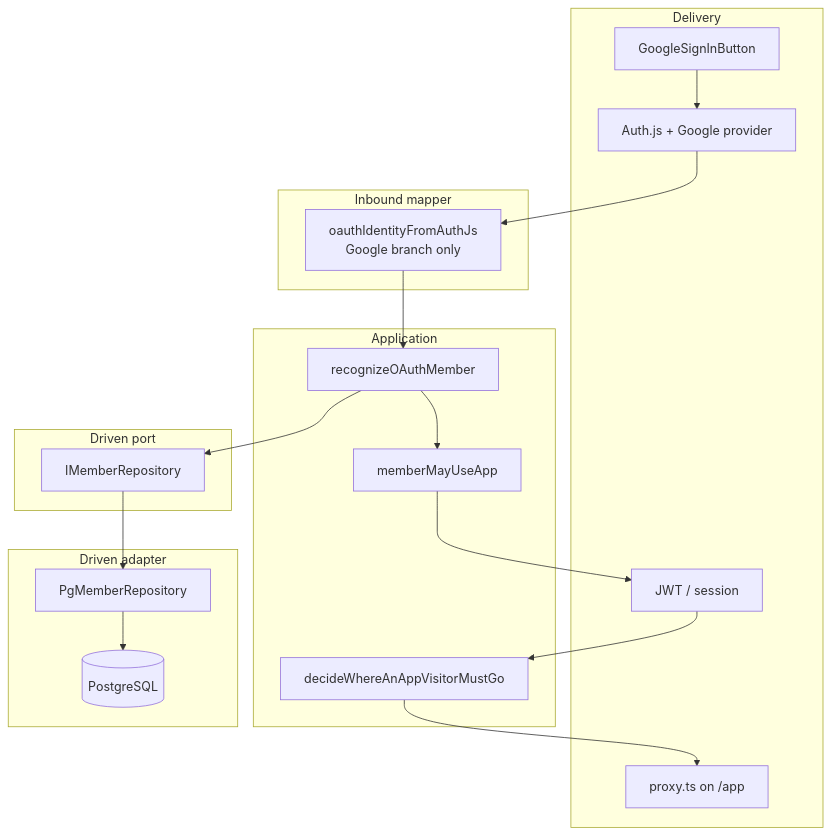
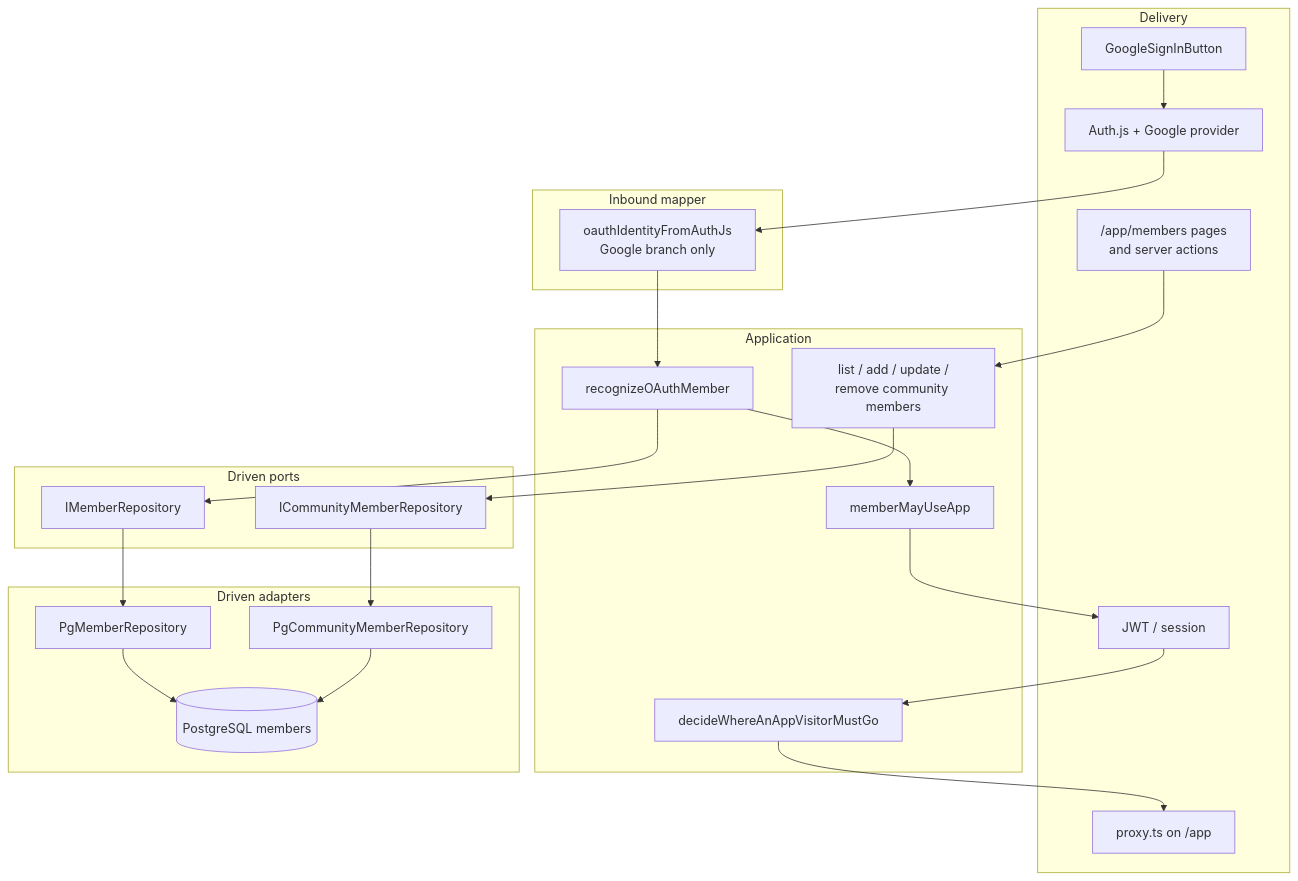
The first of 6 diagrams in docs/current-architecture.md (greg-latuszek/emma-companionship), drawn with Mermaid before and after one commit. The commit also changed other lines of this file and 5 other files, not shown here.

````diff
--- a/docs/current-architecture.md
+++ b/docs/current-architecture.md
@@ -24,39 +24,47 @@
 ```mermaid
 flowchart TB
   subgraph delivery["Delivery"]
     button[GoogleSignInButton]
     authjs[Auth.js + Google provider]
     jwt[JWT / session]
     proxy["proxy.ts on /app"]
+    membersUi["/app/members pages\nand server actions"]
   end
 
   subgraph inbound["Inbound mapper"]
     map["oauthIdentityFromAuthJs\nGoogle branch only"]
   end
 
   subgraph application["Application"]
     recognize[recognizeOAuthMember]
     mayUse[memberMayUseApp]
     visit[decideWhereAnAppVisitorMustGo]
+    registry["list / add / update /\nremove community members"]
   end
 
-  subgraph driven["Driven port"]
-    port[IMemberRepository]
+  subgraph driven["Driven ports"]
+    loginPort[IMemberRepository]
+    registryPort[ICommunityMemberRepository]
   end
 
-  subgraph adapter["Driven adapter"]
-    pg[PgMemberRepository]
-    sql[(PostgreSQL)]
+  subgraph adapter["Driven adapters"]
+    pgLogin[PgMemberRepository]
+    pgRegistry[PgCommunityMemberRepository]
+    sql[(PostgreSQL members)]
   end
 
   button --> authjs
   authjs --> map
   map --> recognize
-  recognize --> port
-  port --> pg
-  pg --> sql
+  recognize --> loginPort
+  loginPort --> pgLogin
+  pgLogin --> sql
   recognize --> mayUse
   mayUse --> jwt
   jwt --> visit
   visit --> proxy
+  membersUi --> registry
+  registry --> registryPort
+  registryPort --> pgRegistry
+  pgRegistry --> sql
 ```
````
